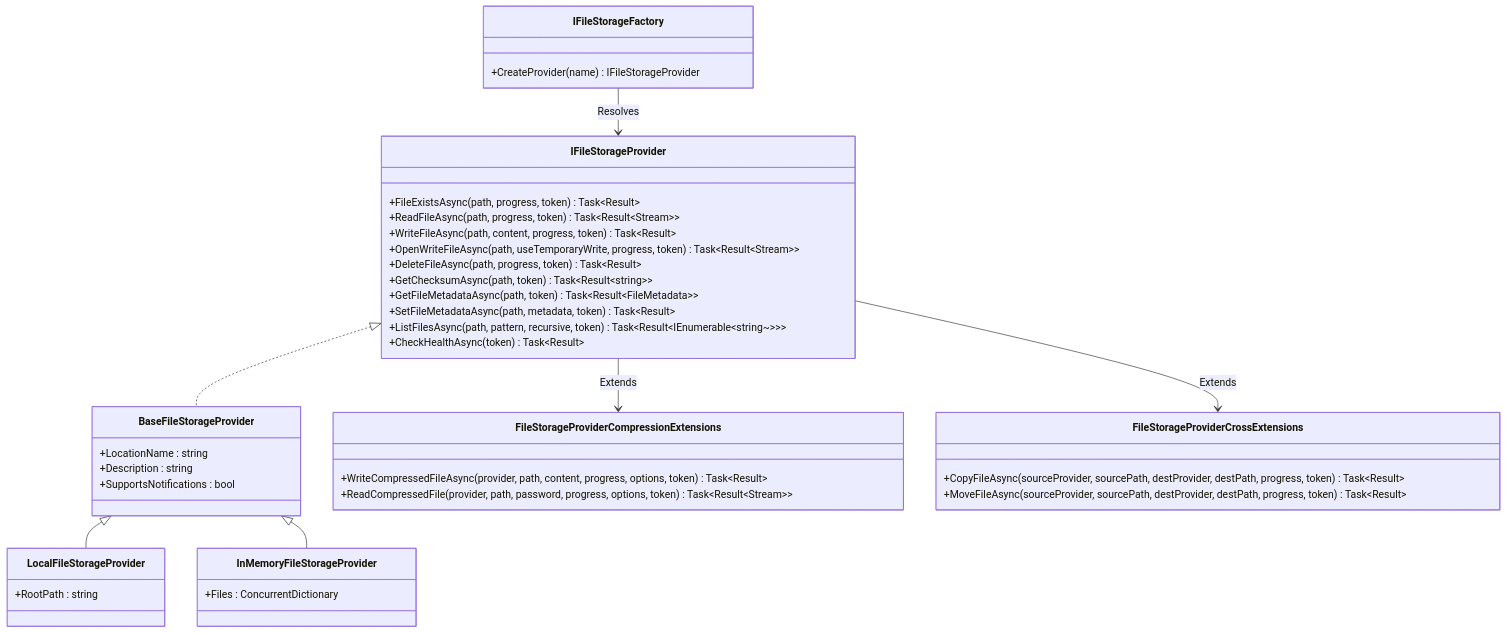
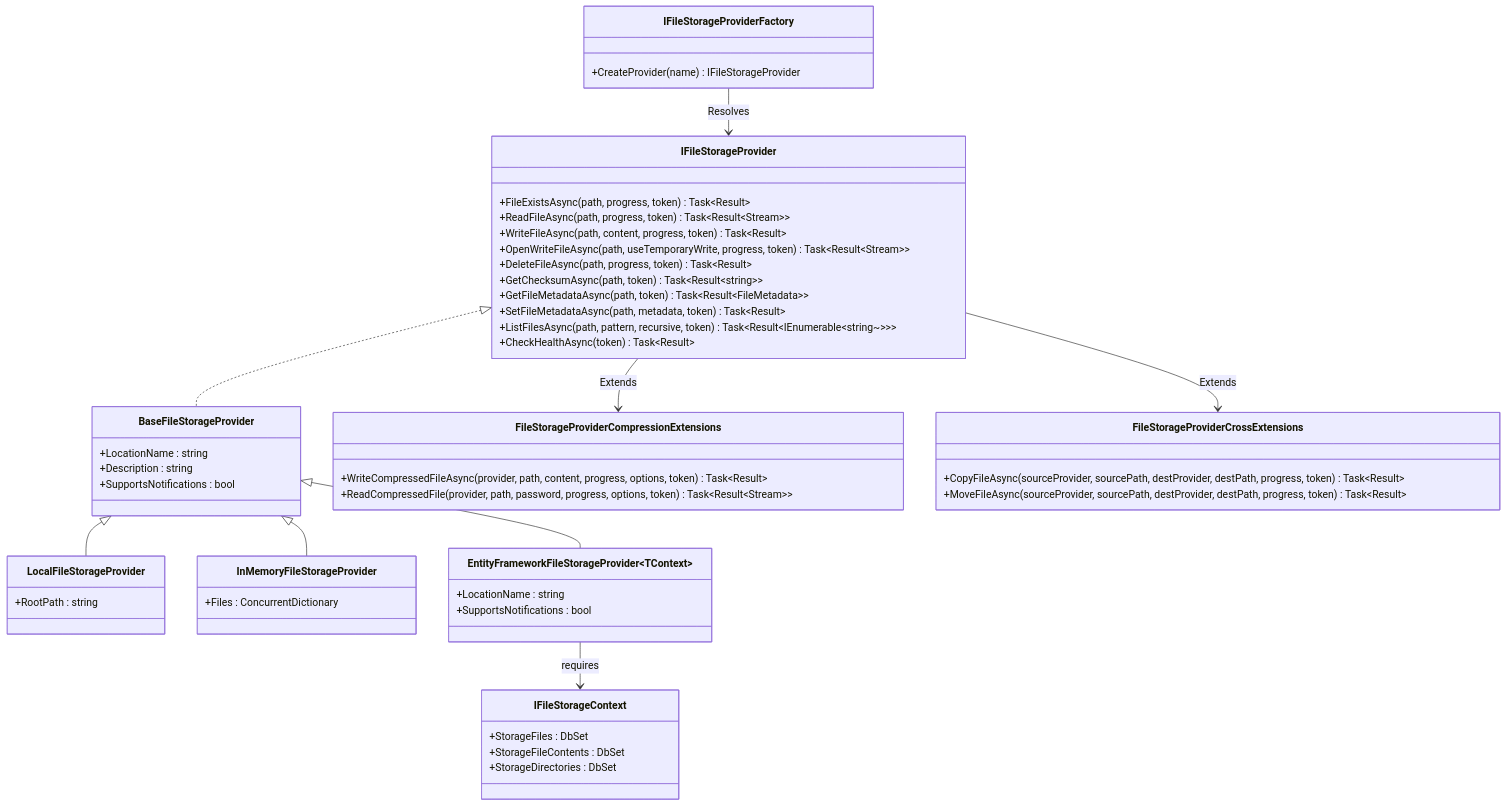
Before and after one commit to BridgingIT-GmbH/bITdevKit.Examples.GettingStarted: the first of 2 diagrams in .bdk/docs/features-storage-files.md, drawn with Mermaid. The commit also changed other lines of this file and 77 other files, not shown here.

````diff
--- a/.bdk/docs/features-storage-files.md
+++ b/.bdk/docs/features-storage-files.md
@@ -25,50 +122,63 @@
 ```mermaid
 classDiagram
     class IFileStorageProvider {
         +FileExistsAsync(path, progress, token) Task~Result~
         +ReadFileAsync(path, progress, token) Task~Result~Stream~~
         +WriteFileAsync(path, content, progress, token) Task~Result~
         +OpenWriteFileAsync(path, useTemporaryWrite, progress, token) Task~Result~Stream~~
         +DeleteFileAsync(path, progress, token) Task~Result~
         +GetChecksumAsync(path, token) Task~Result~string~~
         +GetFileMetadataAsync(path, token) Task~Result~FileMetadata~~
         +SetFileMetadataAsync(path, metadata, token) Task~Result~
         +ListFilesAsync(path, pattern, recursive, token) Task~Result~IEnumerable~string~~~~
         +CheckHealthAsync(token) Task~Result~
     }
 
-    class IFileStorageFactory {
+    class IFileStorageProviderFactory {
         +CreateProvider(name) IFileStorageProvider
     }
 
     class BaseFileStorageProvider {
         +LocationName : string
         +Description : string
         +SupportsNotifications : bool
     }
 
     class LocalFileStorageProvider {
         +RootPath : string
     }
 
     class InMemoryFileStorageProvider {
         +Files : ConcurrentDictionary
     }
 
+    class EntityFrameworkFileStorageProvider~TContext~ {
+        +LocationName : string
+        +SupportsNotifications : bool
+    }
+
+    class IFileStorageContext {
+        +StorageFiles : DbSet
+        +StorageFileContents : DbSet
+        +StorageDirectories : DbSet
+    }
+
     class FileStorageProviderCompressionExtensions {
         +WriteCompressedFileAsync(provider, path, content, progress, options, token) Task~Result~
         +ReadCompressedFile(provider, path, password, progress, options, token) Task~Result~Stream~~
     }
 
     class FileStorageProviderCrossExtensions {
         +CopyFileAsync(sourceProvider, sourcePath, destProvider, destPath, progress, token) Task~Result~
         +MoveFileAsync(sourceProvider, sourcePath, destProvider, destPath, progress, token) Task~Result~
     }
 
     IFileStorageProvider <|.. BaseFileStorageProvider
     BaseFileStorageProvider <|-- LocalFileStorageProvider
     BaseFileStorageProvider <|-- InMemoryFileStorageProvider
+    BaseFileStorageProvider <|-- EntityFrameworkFileStorageProvider~TContext~
+    EntityFrameworkFileStorageProvider~TContext~ --> IFileStorageContext : requires
     IFileStorageProvider --> FileStorageProviderCompressionExtensions : Extends
     IFileStorageProvider --> FileStorageProviderCrossExtensions : Extends
-    IFileStorageFactory --> IFileStorageProvider : Resolves
+    IFileStorageProviderFactory --> IFileStorageProvider : Resolves
 ```
````
